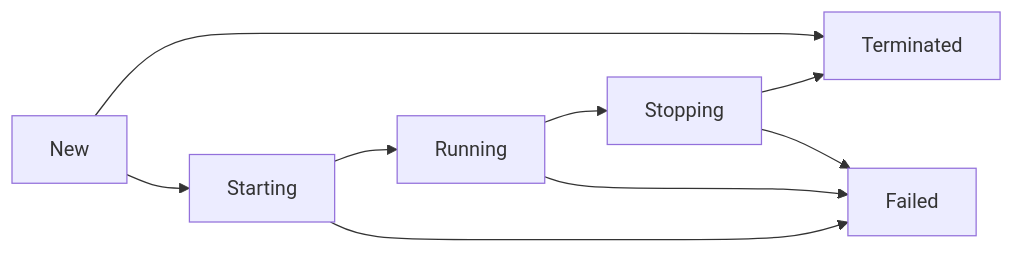
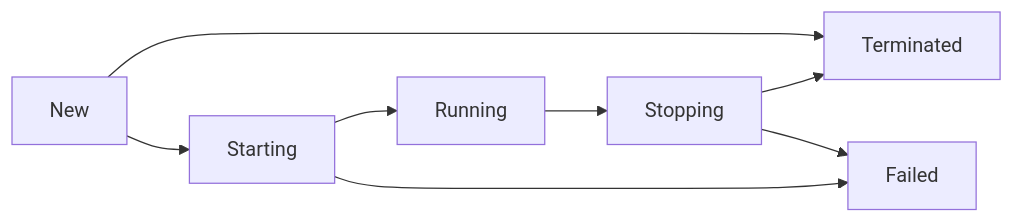
One commit to grafana/dskit changed the diagram in services/README.md. Above: the diagram before and after it, drawn with Mermaid.

Commit message:
docs(services): add comments, mark terminal states, remove running --> failed transition (#986)
This PR fixes state transition diagram of the service. PR
https://github.com/grafana/dskit/pull/868 changed existing ASCII diagram
to mermaid, but it introduced a bug -- non-existant `running --> failed`
transition. This PR fixes that, and adds comments to help navigate the
diagram in raw form.

````diff
--- a/services/README.md
+++ b/services/README.md
@@ -35,15 +35,25 @@
 ```mermaid
 flowchart LR
   new[New]
   starting[Starting]
   running[Running]
   stopping[Stopping]
-  terminated[Terminated]
+
+  %% Terminal states
+  terminated[Terminated]   
   failed[Failed]
+
+  %% Successful state transition of service:
   new --> starting --> running --> stopping --> terminated
+  
+  %% If service is stopped before starting:
   new --> terminated
+  
+  %% If Starting fails, it goes straight to Failed (skips Stopping):
   starting --> failed
-  running --> failed
+  
+  %% If Running or Stopping fail, service will end up in Failed state.
   stopping --> failed
-	
+  
+  %% There is no direct Running --> Failed transition (goes via Stopping).
 ```
````
